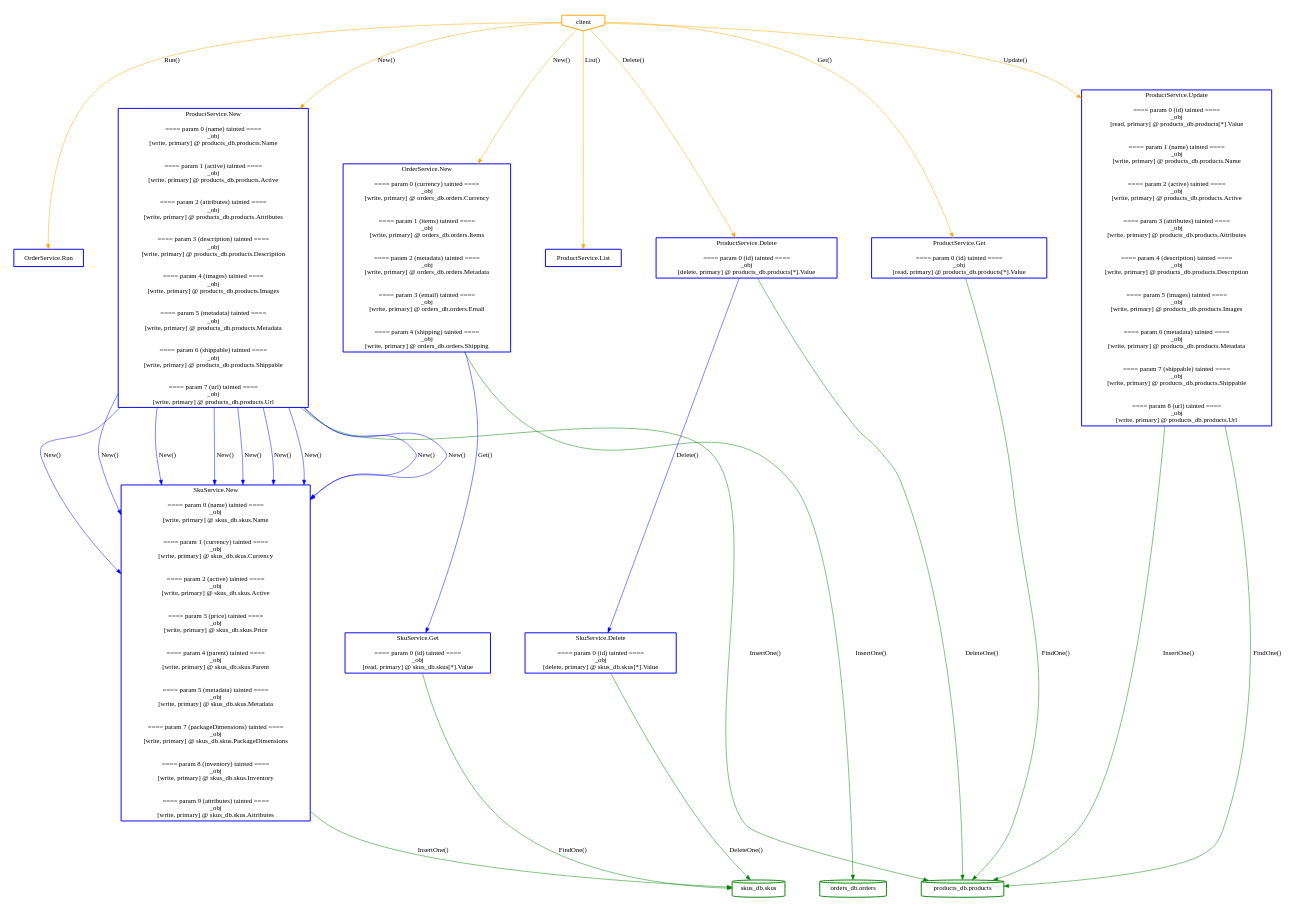
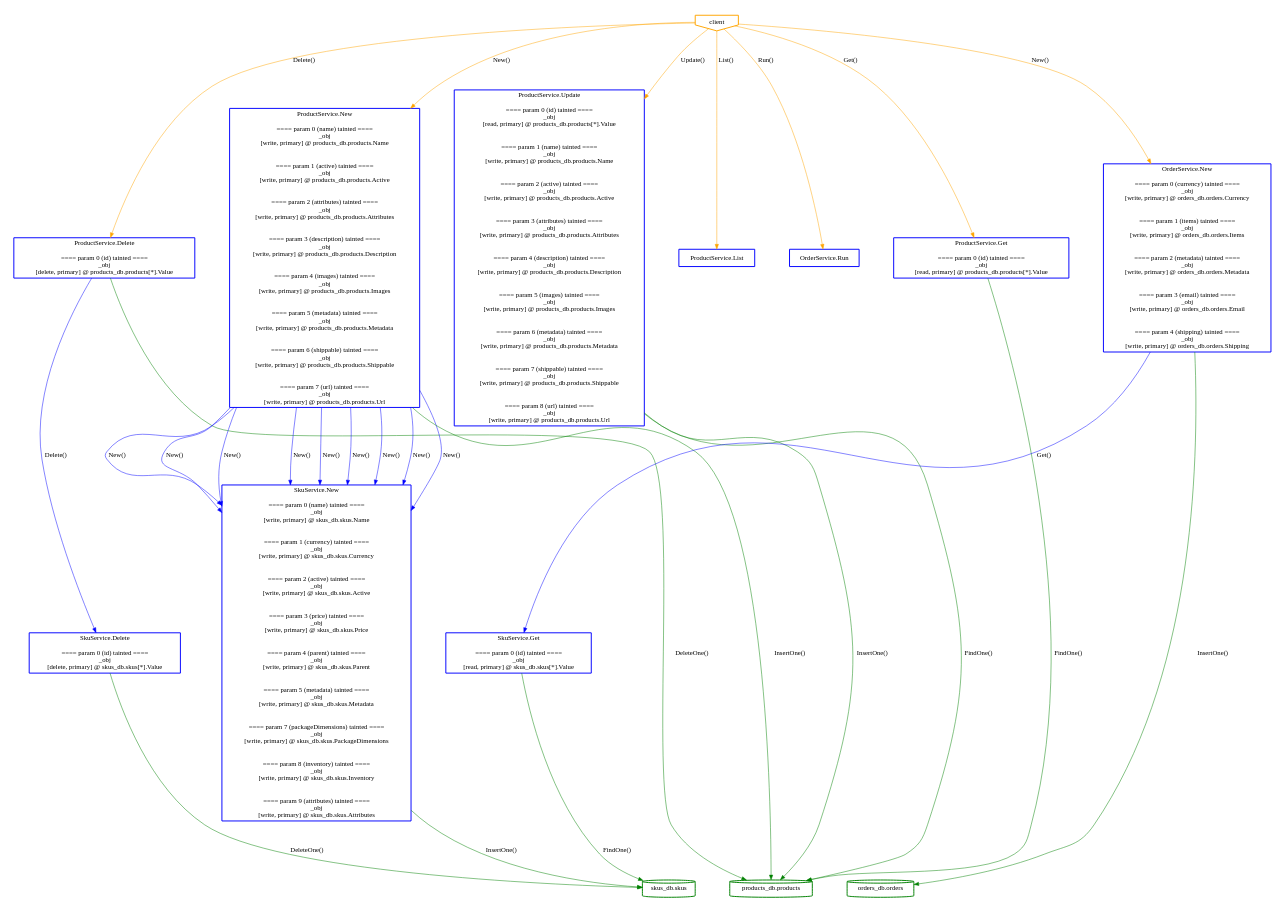
One commit to aletheia-microservices/aletheia changed the diagram in ssa_analysis/analyzer/output/digota/abstractcallgraph_detailed.dot. Above: the diagram before and after it, drawn with Graphviz. The commit also changed other lines of this file and 95 other files, not shown here.

Commit message:
feat(schema): parse schema from sql file

```diff
--- a/ssa_analysis/analyzer/output/digota/abstractcallgraph_detailed.dot
+++ b/ssa_analysis/analyzer/output/digota/abstractcallgraph_detailed.dot
@@ -8,132 +8,11 @@
 	}
 	subgraph cluster_services {
 		style=invis;
-		N_OrderService_Run [label="OrderService.Run", style=bold, shape=box, color="blue"];
-		N_ProductService_New [label="ProductService.New
-
-==== param 0 (name) tainted ====
-_obj
-[write, primary] @ products_db.products.Name
-
-
-==== param 1 (active) tainted ====
-_obj
-[write, primary] @ products_db.products.Active
-
-
-==== param 2 (attributes) tainted ====
-_obj
-[write, primary] @ products_db.products.Attributes
-
-
-==== param 3 (description) tainted ====
-_obj
-[write, primary] @ products_db.products.Description
-
-
-==== param 4 (images) tainted ====
-_obj
-[write, primary] @ products_db.products.Images
-
-
-==== param 5 (metadata) tainted ====
-_obj
-[write, primary] @ products_db.products.Metadata
-
-
-==== param 6 (shippable) tainted ====
-_obj
-[write, primary] @ products_db.products.Shippable
-
-
-==== param 7 (url) tainted ====
-_obj
-[write, primary] @ products_db.products.Url
-", style=bold, shape=box, color="blue"];
-		N_OrderService_New [label="OrderService.New
-
-==== param 0 (currency) tainted ====
-_obj
-[write, primary] @ orders_db.orders.Currency
-
-
-==== param 1 (items) tainted ====
-_obj
-[write, primary] @ orders_db.orders.Items
-
-
-==== param 2 (metadata) tainted ====
-_obj
-[write, primary] @ orders_db.orders.Metadata
-
-
-==== param 3 (email) tainted ====
-_obj
-[write, primary] @ orders_db.orders.Email
-
-
-==== param 4 (shipping) tainted ====
-_obj
-[write, primary] @ orders_db.orders.Shipping
-", style=bold, shape=box, color="blue"];
-		N_SkuService_Get [label="SkuService.Get
+		N_SkuService_Delete [label="SkuService.Delete
 
 ==== param 0 (id) tainted ====
 _obj
-[read, primary] @ skus_db.skus[*].Value
-", style=bold, shape=box, color="blue"];
-		N_SkuService_New [label="SkuService.New
-
-==== param 0 (name) tainted ====
-_obj
-[write, primary] @ skus_db.skus.Name
-
-
-==== param 1 (currency) tainted ====
-_obj
-[write, primary] @ skus_db.skus.Currency
-
-
-==== param 2 (active) tainted ====
-_obj
-[write, primary] @ skus_db.skus.Active
-
-
-==== param 3 (price) tainted ====
-_obj
-[write, primary] @ skus_db.skus.Price
-
-
-==== param 4 (parent) tainted ====
-_obj
-[write, primary] @ skus_db.skus.Parent
-
-
-==== param 5 (metadata) tainted ====
-_obj
-[write, primary] @ skus_db.skus.Metadata
-
-
-==== param 7 (packageDimensions) tainted ====
-_obj
-[write, primary] @ skus_db.skus.PackageDimensions
-
-
-==== param 8 (inventory) tainted ====
-_obj
-[write, primary] @ skus_db.skus.Inventory
-
-
-==== param 9 (attributes) tainted ====
-_obj
-[write, primary] @ skus_db.skus.Attributes
-", style=bold, shape=box, color="blue"];
-		N_ProductService_List [label="ProductService.List", style=bold, shape=box, color="blue"];
-		N_ProductService_Get [label="ProductService.Get
-
-==== param 0 (id) tainted ====
-_obj
-[read, primary] @ products_db.products[*].Value
+[delete, primary] @ skus_db.skus[*].Value
 ", style=bold, shape=box, color="blue"];
 		N_ProductService_Update [label="ProductService.Update
 
@@ -187,17 +66,138 @@
 _obj
 [delete, primary] @ products_db.products[*].Value
 ", style=bold, shape=box, color="blue"];
-		N_SkuService_Delete [label="SkuService.Delete
+		N_ProductService_New [label="ProductService.New
+
+==== param 0 (name) tainted ====
+_obj
+[write, primary] @ products_db.products.Name
+
+
+==== param 1 (active) tainted ====
+_obj
+[write, primary] @ products_db.products.Active
+
+
+==== param 2 (attributes) tainted ====
+_obj
+[write, primary] @ products_db.products.Attributes
+
+
+==== param 3 (description) tainted ====
+_obj
+[write, primary] @ products_db.products.Description
+
+
+==== param 4 (images) tainted ====
+_obj
+[write, primary] @ products_db.products.Images
+
+
+==== param 5 (metadata) tainted ====
+_obj
+[write, primary] @ products_db.products.Metadata
+
+
+==== param 6 (shippable) tainted ====
+_obj
+[write, primary] @ products_db.products.Shippable
+
+
+==== param 7 (url) tainted ====
+_obj
+[write, primary] @ products_db.products.Url
+", style=bold, shape=box, color="blue"];
+		N_ProductService_List [label="ProductService.List", style=bold, shape=box, color="blue"];
+		N_SkuService_Get [label="SkuService.Get
 
 ==== param 0 (id) tainted ====
 _obj
-[delete, primary] @ skus_db.skus[*].Value
+[read, primary] @ skus_db.skus[*].Value
+", style=bold, shape=box, color="blue"];
+		N_OrderService_Run [label="OrderService.Run", style=bold, shape=box, color="blue"];
+		N_SkuService_New [label="SkuService.New
+
+==== param 0 (name) tainted ====
+_obj
+[write, primary] @ skus_db.skus.Name
+
+
+==== param 1 (currency) tainted ====
+_obj
+[write, primary] @ skus_db.skus.Currency
+
+
+==== param 2 (active) tainted ====
+_obj
+[write, primary] @ skus_db.skus.Active
+
+
+==== param 3 (price) tainted ====
+_obj
+[write, primary] @ skus_db.skus.Price
+
+
+==== param 4 (parent) tainted ====
+_obj
+[write, primary] @ skus_db.skus.Parent
+
+
+==== param 5 (metadata) tainted ====
+_obj
+[write, primary] @ skus_db.skus.Metadata
+
+
+==== param 7 (packageDimensions) tainted ====
+_obj
+[write, primary] @ skus_db.skus.PackageDimensions
+
+
+==== param 8 (inventory) tainted ====
+_obj
+[write, primary] @ skus_db.skus.Inventory
+
+
+==== param 9 (attributes) tainted ====
+_obj
+[write, primary] @ skus_db.skus.Attributes
+", style=bold, shape=box, color="blue"];
+		N_ProductService_Get [label="ProductService.Get
+
+==== param 0 (id) tainted ====
+_obj
+[read, primary] @ products_db.products[*].Value
+", style=bold, shape=box, color="blue"];
+		N_OrderService_New [label="OrderService.New
+
+==== param 0 (currency) tainted ====
+_obj
+[write, primary] @ orders_db.orders.Currency
+
+
+==== param 1 (items) tainted ====
+_obj
+[write, primary] @ orders_db.orders.Items
+
+
+==== param 2 (metadata) tainted ====
+_obj
+[write, primary] @ orders_db.orders.Metadata
+
+
+==== param 3 (email) tainted ====
+_obj
+[write, primary] @ orders_db.orders.Email
+
+
+==== param 4 (shipping) tainted ====
+_obj
+[write, primary] @ orders_db.orders.Shipping
 ", style=bold, shape=box, color="blue"];
 	}
 	subgraph cluster_databases {
 		style=invis;
+		N_orders_db_orders [label="orders_db.orders", style=bold, shape=cylinder, color="green"];
 		N_products_db_products [label="products_db.products", style=bold, shape=cylinder, color="green"];
-		N_orders_db_orders [label="orders_db.orders", style=bold, shape=cylinder, color="green"];
 		N_skus_db_skus [label="skus_db.skus", style=bold, shape=cylinder, color="green"];
 	}
 	N_client -> N_OrderService_New [label="New()", color=orange];
```
